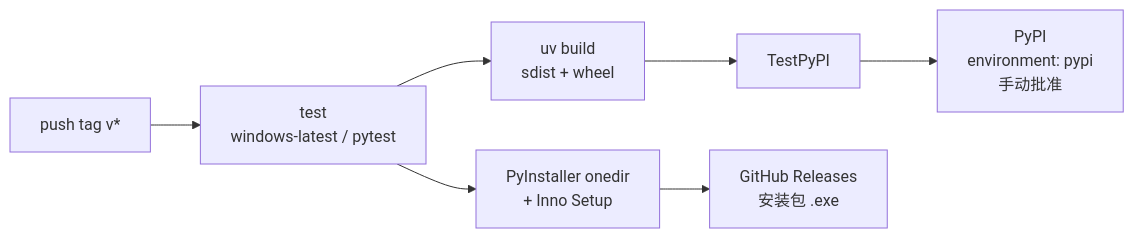
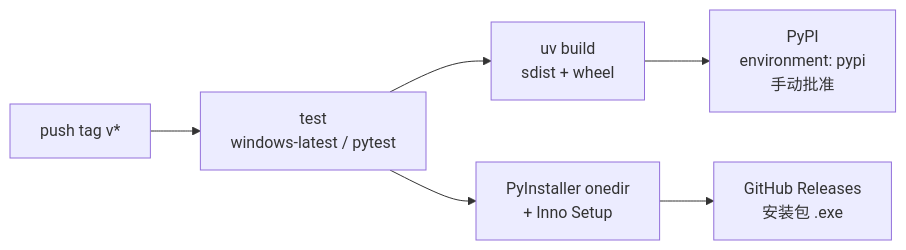
Before and after one commit to zohoMatt/audio-notes: the fifth of 5 diagrams in ARCHITECTURE.md, drawn with Mermaid. The commit also changed other lines of this file and 3 other files, not shown here.

````diff
--- a/ARCHITECTURE.md
+++ b/ARCHITECTURE.md
@@ -229,9 +229,8 @@
 ```mermaid
 flowchart LR
     T["push tag v*"] --> TEST["test<br/>windows-latest / pytest"]
     TEST --> BUILD["uv build<br/>sdist + wheel"]
-    BUILD --> TP["TestPyPI"]
-    TP --> PY["PyPI<br/>environment: pypi<br/>手动批准"]
+    BUILD --> PY["PyPI<br/>environment: pypi<br/>手动批准"]
     TEST --> EXE["PyInstaller onedir<br/>+ Inno Setup"]
     EXE --> GH["GitHub Releases<br/>安装包 .exe"]
 ```
````
